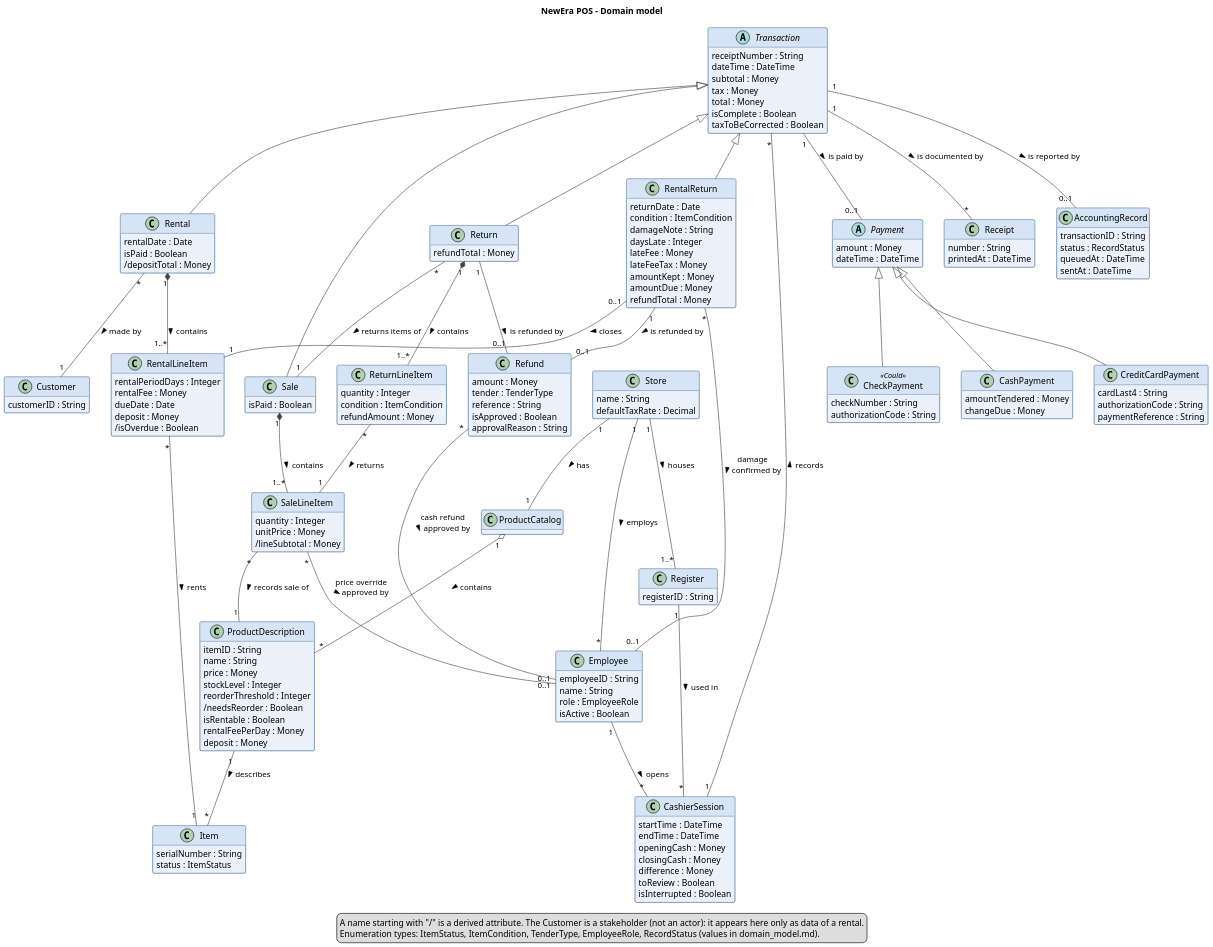
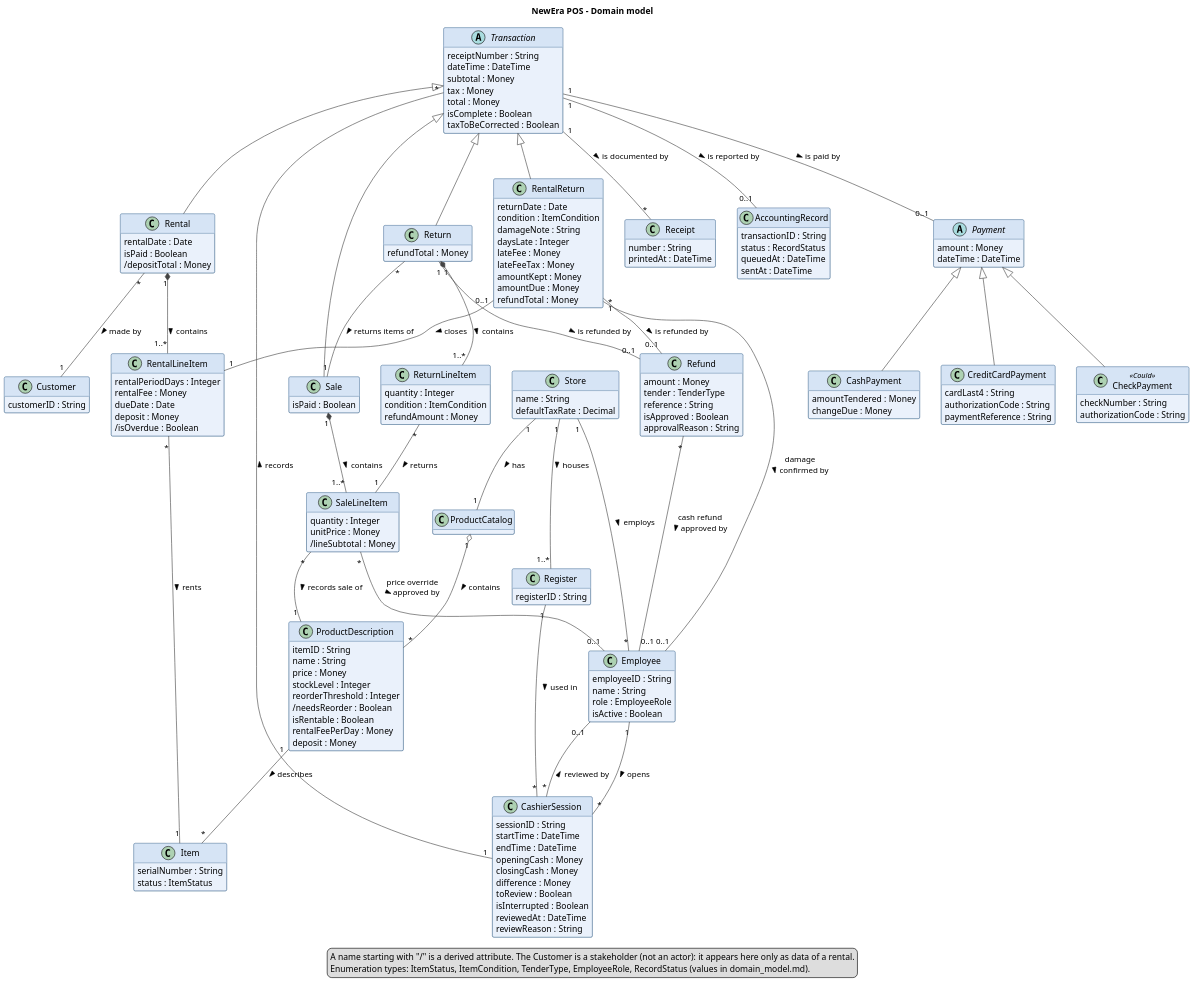
Before and after one commit to bhsei/26D: the diagram in assets/domain_model.puml, drawn with PlantUML. The commit also changed 2 other files, not shown here.

Commit message:
W9 - Domain model v0.7; session review attributes (sessionID, reviewedAt, reviewReason) for confirmSessionReview (Contract 29)

```diff
--- a/assets/domain_model.puml
+++ b/assets/domain_model.puml
@@ -102,6 +102,7 @@
   isActive : Boolean
 }
 class CashierSession {
+  sessionID : String
   startTime : DateTime
   endTime : DateTime
   openingCash : Money
@@ -109,6 +110,8 @@
   difference : Money
   toReview : Boolean
   isInterrupted : Boolean
+  reviewedAt : DateTime
+  reviewReason : String
 }
 
 abstract class Payment {
@@ -163,6 +166,7 @@
 Store "1" -- "*" Employee : employs >
 Register "1" -- "*" CashierSession : used in >
 Employee "1" -- "*" CashierSession : opens >
+CashierSession "*" -- "0..1" Employee : reviewed by >
 CashierSession "1" -- "*" Transaction : records >
 
 ' Catalog and items
```
